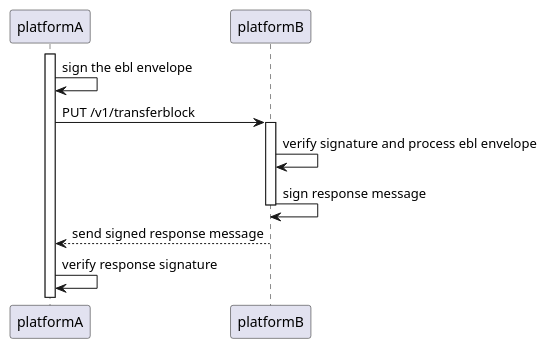
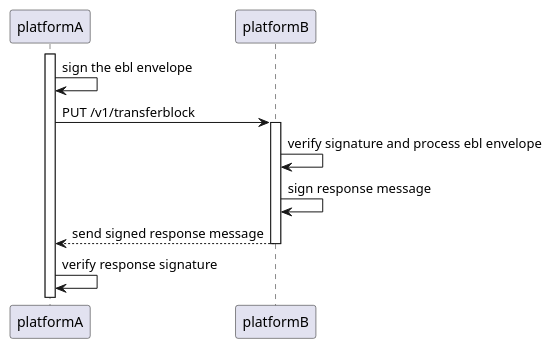
The diagram in specifications/plantuml/transfer-sequence-diagram.puml (dcsaorg/DCSA-EBL-Envelope), drawn with PlantUML before and after one commit. The commit also changed other lines of this file and 7 other files, not shown here.

```diff
--- a/specifications/plantuml/transfer-sequence-diagram.puml
+++ b/specifications/plantuml/transfer-sequence-diagram.puml
@@ -1,11 +1,11 @@
 @startuml cross platform B/L transfer
 activate platformA
 platformA -> platformA: sign the ebl envelope
 platformA -> platformB: PUT /v1/transferblock
 activate platformB
 platformB -> platformB: verify signature and process ebl envelope
 platformB -> platformB: sign response message
+platformA <-- platformB: send signed response message
 deactivate platformB
-platformA <-- platformB: send signed response message
 platformA -> platformA: verify response signature
 @enduml
```
